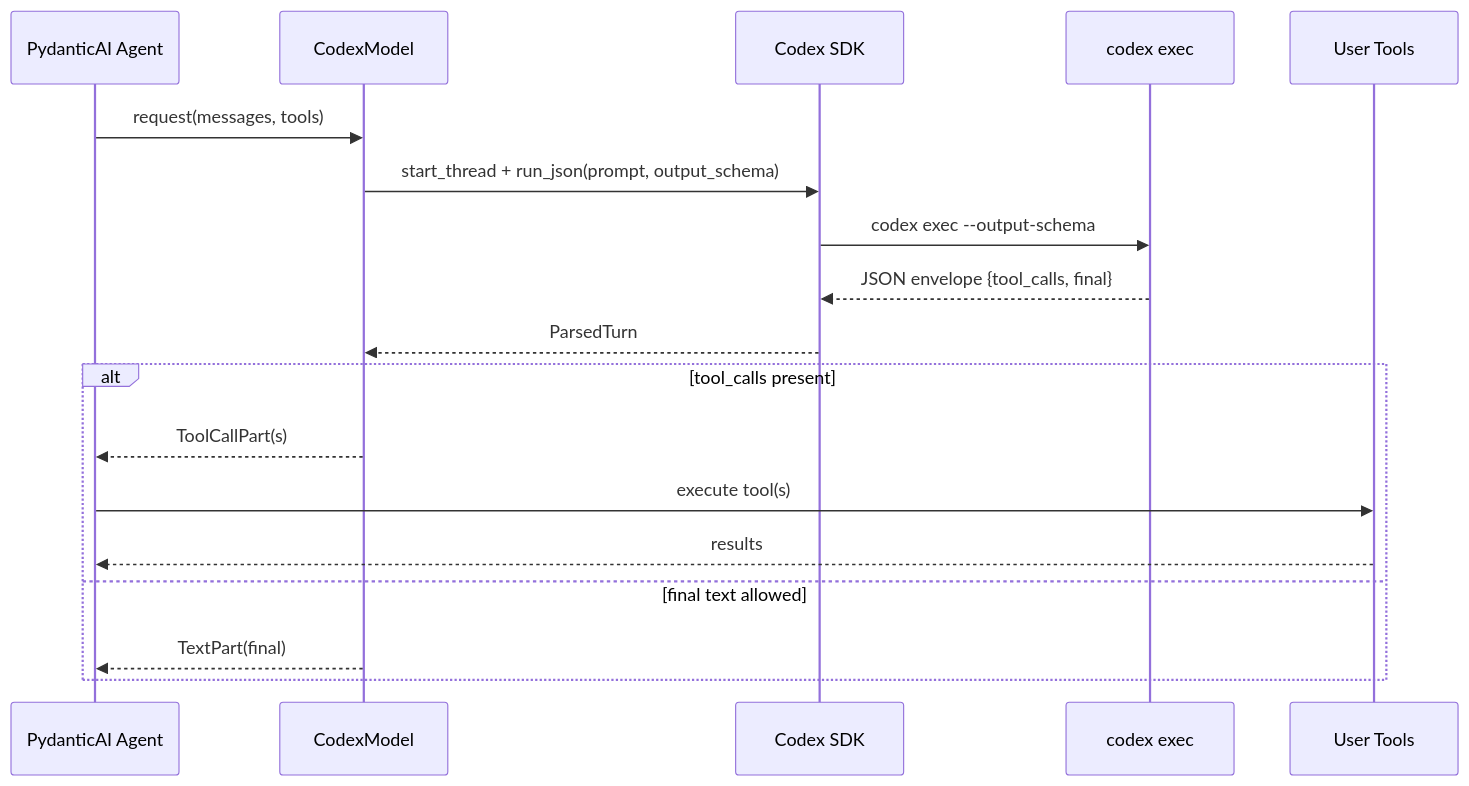
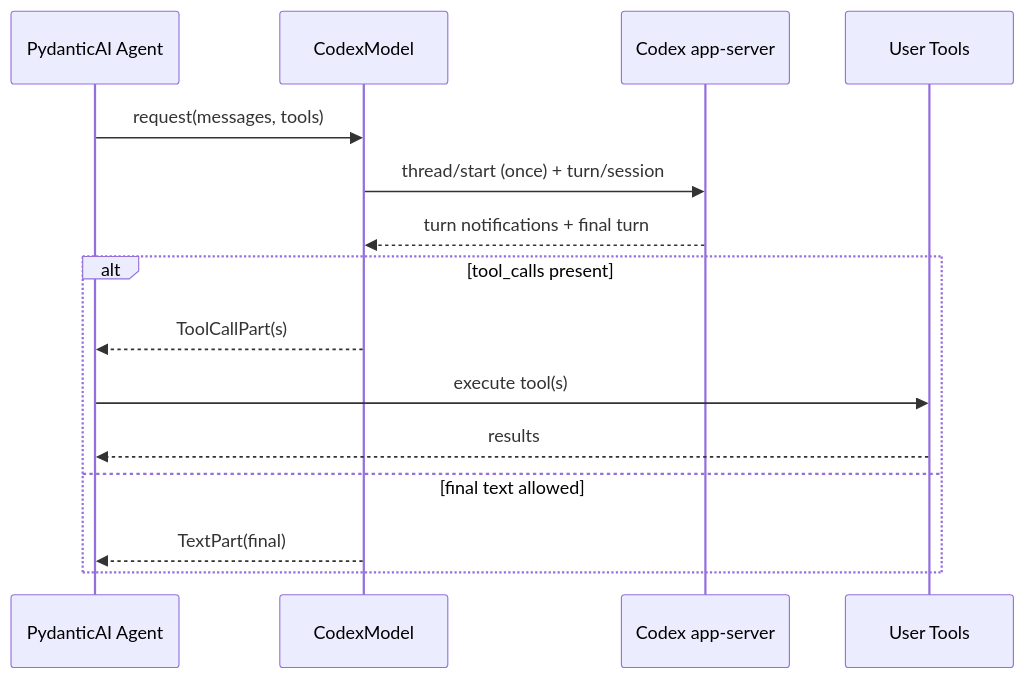
The third of 4 diagrams in README.md (vectorfy-co/codex-sdk-python), drawn with Mermaid before and after one commit. The commit also changed other lines of this file and 9 other files, not shown here.

First line of the commit message:
Audit and refactor pydantic-ai integration and app server

````diff
--- a/README.md
+++ b/README.md
@@ -772,21 +783,18 @@
 ```mermaid
 sequenceDiagram
   participant Agent as PydanticAI Agent
   participant Model as CodexModel
-  participant SDK as Codex SDK
-  participant CLI as codex exec
+  participant App as Codex app-server
   participant Tools as User Tools
 
   Agent->>Model: request(messages, tools)
-  Model->>SDK: start_thread + run_json(prompt, output_schema)
-  SDK->>CLI: codex exec --output-schema
-  CLI-->>SDK: JSON envelope {tool_calls, final}
-  SDK-->>Model: ParsedTurn
+  Model->>App: thread/start (once) + turn/session
+  App-->>Model: turn notifications + final turn
   alt tool_calls present
     Model-->>Agent: ToolCallPart(s)
     Agent->>Tools: execute tool(s)
     Tools-->>Agent: results
   else final text allowed
     Model-->>Agent: TextPart(final)
   end
 ```
````
